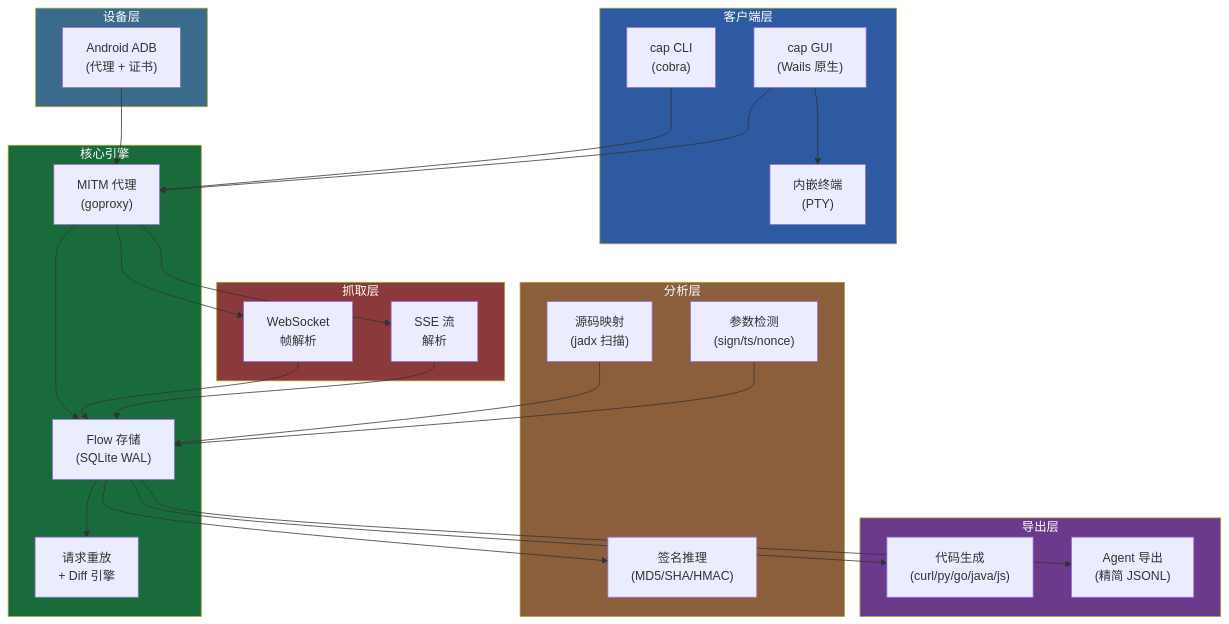
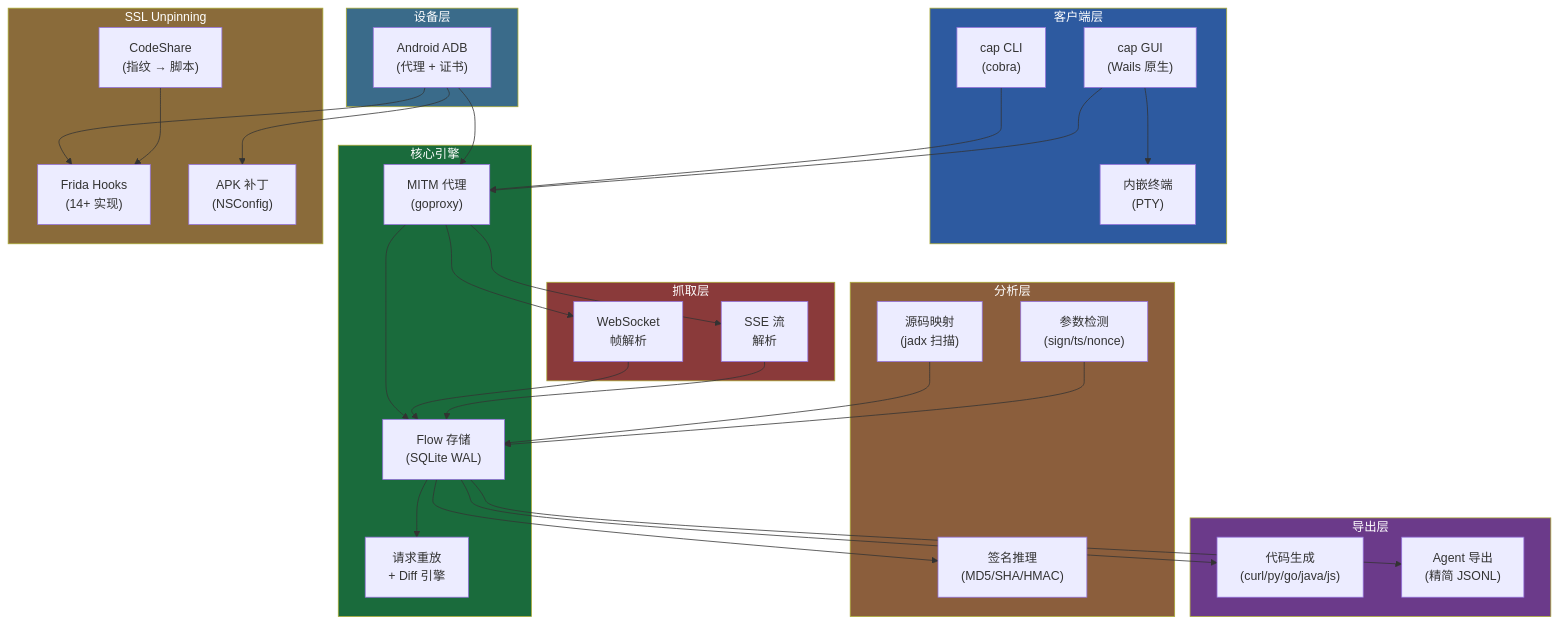
Before and after one commit to overkazaf/cap: the first of 2 diagrams in README_CN.md, drawn with Mermaid. The commit also changed other lines of this file and 2 other files, not shown here.

First line of the commit message:
docs: update architecture diagram and feature tables for unpin/codeshare

````diff
--- a/README_CN.md
+++ b/README_CN.md
@@ -43,57 +45,67 @@
 ```mermaid
 flowchart TB
     subgraph 客户端["客户端层"]
         CLI["cap CLI<br/>(cobra)"]
         GUI["cap GUI<br/>(Wails 原生)"]
         TTY["内嵌终端<br/>(PTY)"]
     end
 
     subgraph 核心引擎["核心引擎"]
         PROXY["MITM 代理<br/>(goproxy)"]
         STORE["Flow 存储<br/>(SQLite WAL)"]
         REPLAY["请求重放<br/>+ Diff 引擎"]
     end
 
     subgraph 分析层["分析层"]
         SIGN["签名推理<br/>(MD5/SHA/HMAC)"]
         CONTEXT["源码映射<br/>(jadx 扫描)"]
         DETECT["参数检测<br/>(sign/ts/nonce)"]
     end
 
     subgraph 导出层["导出层"]
         CODEGEN["代码生成<br/>(curl/py/go/java/js)"]
         AGENT["Agent 导出<br/>(精简 JSONL)"]
     end
 
     subgraph 抓取层["抓取层"]
         WS["WebSocket<br/>帧解析"]
         SSE["SSE 流<br/>解析"]
     end
 
     subgraph 设备层["设备层"]
         ADB["Android ADB<br/>(代理 + 证书)"]
     end
 
+    subgraph 脱钉层["SSL Unpinning"]
+        FRIDA["Frida Hooks<br/>(14+ 实现)"]
+        PATCH["APK 补丁<br/>(NSConfig)"]
+        CODESHARE["CodeShare<br/>(指纹 → 脚本)"]
+    end
+
     CLI --> PROXY
     GUI --> PROXY
     GUI --> TTY
     PROXY --> STORE
     PROXY --> WS
     PROXY --> SSE
     WS --> STORE
     SSE --> STORE
     STORE --> CODEGEN
     STORE --> AGENT
     STORE --> SIGN
     STORE --> REPLAY
     CONTEXT --> STORE
     DETECT --> STORE
     ADB --> PROXY
+    ADB --> FRIDA
+    ADB --> PATCH
+    CODESHARE --> FRIDA
 
     style 客户端 fill:#2d5aa0,color:#fff
     style 核心引擎 fill:#1a6b3c,color:#fff
     style 分析层 fill:#8b5e3c,color:#fff
     style 导出层 fill:#6b3a8a,color:#fff
     style 抓取层 fill:#8a3a3a,color:#fff
     style 设备层 fill:#3a6b8a,color:#fff
+    style 脱钉层 fill:#8a6b3a,color:#fff
 ```
````
